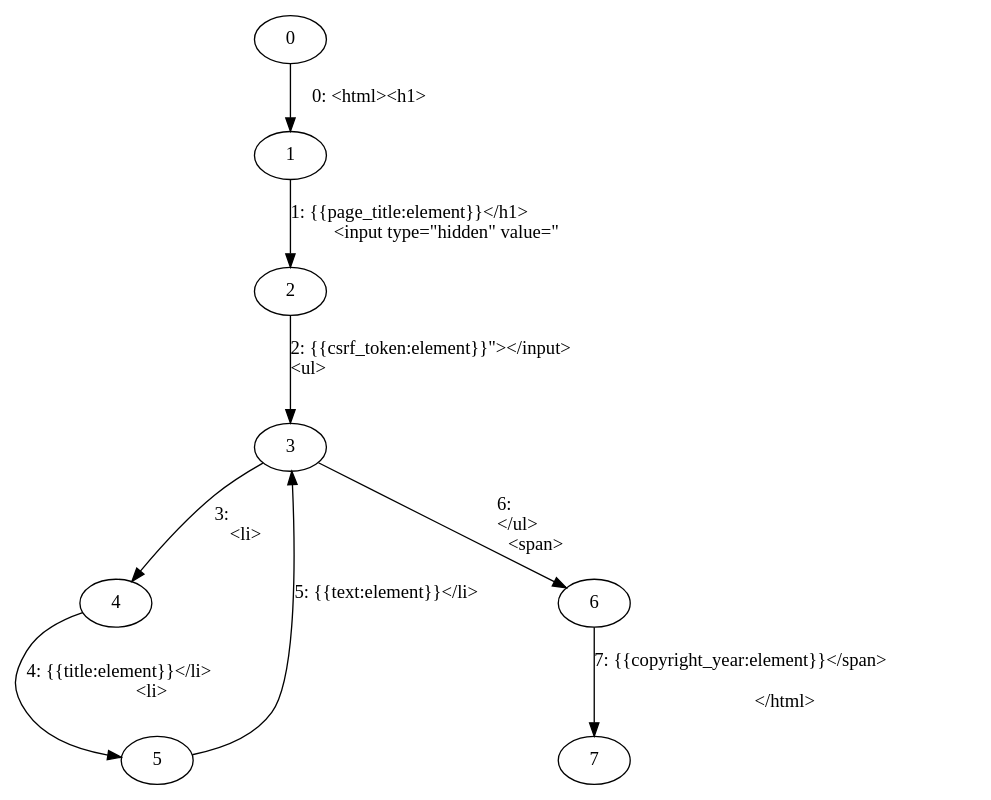
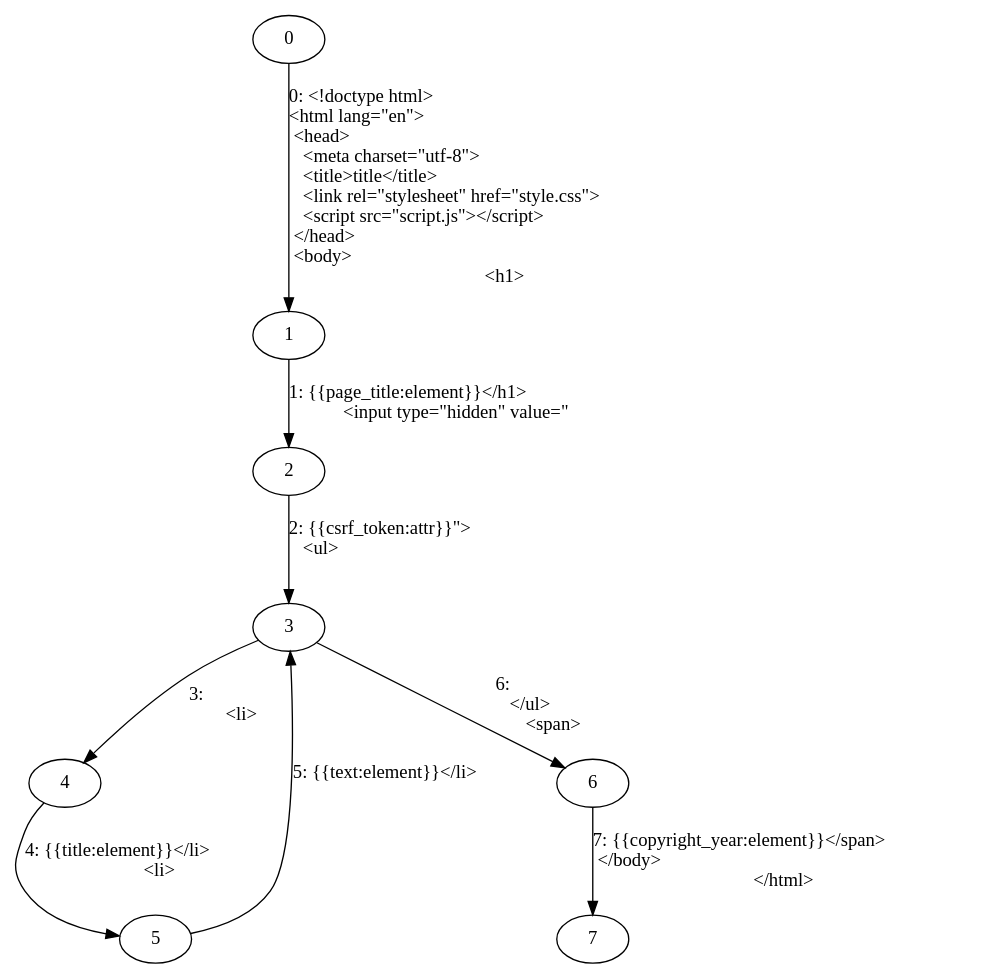
One commit to mohe2015/zero-cost-templating changed the diagram in foo.dot. Above: the diagram before and after it, drawn with Graphviz. The commit also changed 10 other files, not shown here.

```diff
--- a/foo.dot
+++ b/foo.dot
@@ -1,18 +1,18 @@
 digraph {
     0 [ label = "0" ]
     1 [ label = "1" ]
     2 [ label = "2" ]
     3 [ label = "3" ]
     4 [ label = "4" ]
     5 [ label = "5" ]
     6 [ label = "6" ]
     7 [ label = "7" ]
-    0 -> 1 [ label = "0: <html><h1>" ]
-    1 -> 2 [ label = "1: {{page_title:element}}</h1>\l<input type=\"hidden\" value=\"" ]
-    2 -> 3 [ label = "2: {{csrf_token:element}}\"></input>\l<ul>\l  " ]
-    3 -> 4 [ label = "3: \l  <li>" ]
-    4 -> 5 [ label = "4: {{title:element}}</li>\l  <li>" ]
-    5 -> 3 [ label = "5: {{text:element}}</li>\l  " ]
-    3 -> 6 [ label = "6: \l</ul>\l<span>" ]
-    6 -> 7 [ label = "7: {{copyright_year:element}}</span>\l\l</html>" ]
+    0 -> 1 [ label = "0: <!doctype html>\l<html lang=\"en\">\l  <head>\l    <meta charset=\"utf-8\">\l    <title>title</title>\l    <link rel=\"stylesheet\" href=\"style.css\">\l    <script src=\"script.js\"></script>\l  </head>\l  <body>\l    <h1>" ]
+    1 -> 2 [ label = "1: {{page_title:element}}</h1>\l    <input type=\"hidden\" value=\"" ]
+    2 -> 3 [ label = "2: {{csrf_token:attr}}\">\l    <ul>\l    " ]
+    3 -> 4 [ label = "3: \l      <li>" ]
+    4 -> 5 [ label = "4: {{title:element}}</li>\l      <li>" ]
+    5 -> 3 [ label = "5: {{text:element}}</li>\l    " ]
+    3 -> 6 [ label = "6: \l    </ul>\l    <span>" ]
+    6 -> 7 [ label = "7: {{copyright_year:element}}</span>\l  </body>\l</html>" ]
 }
```
